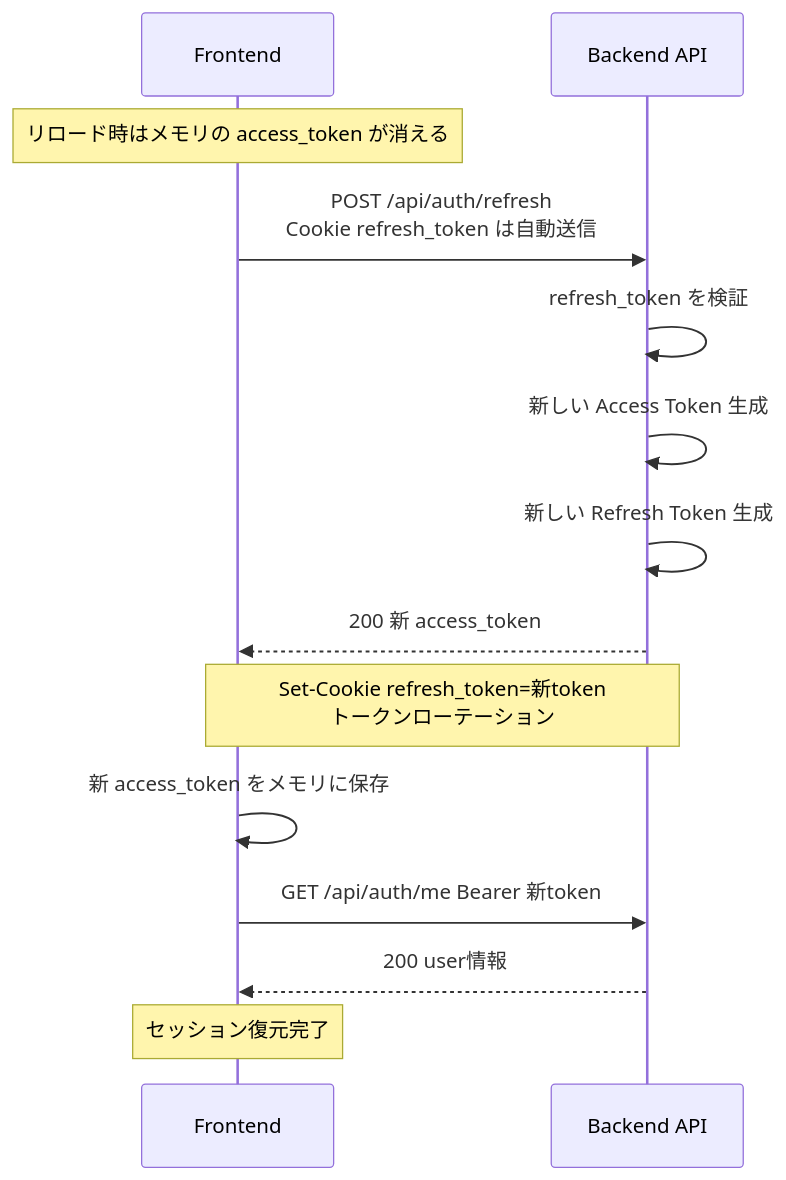
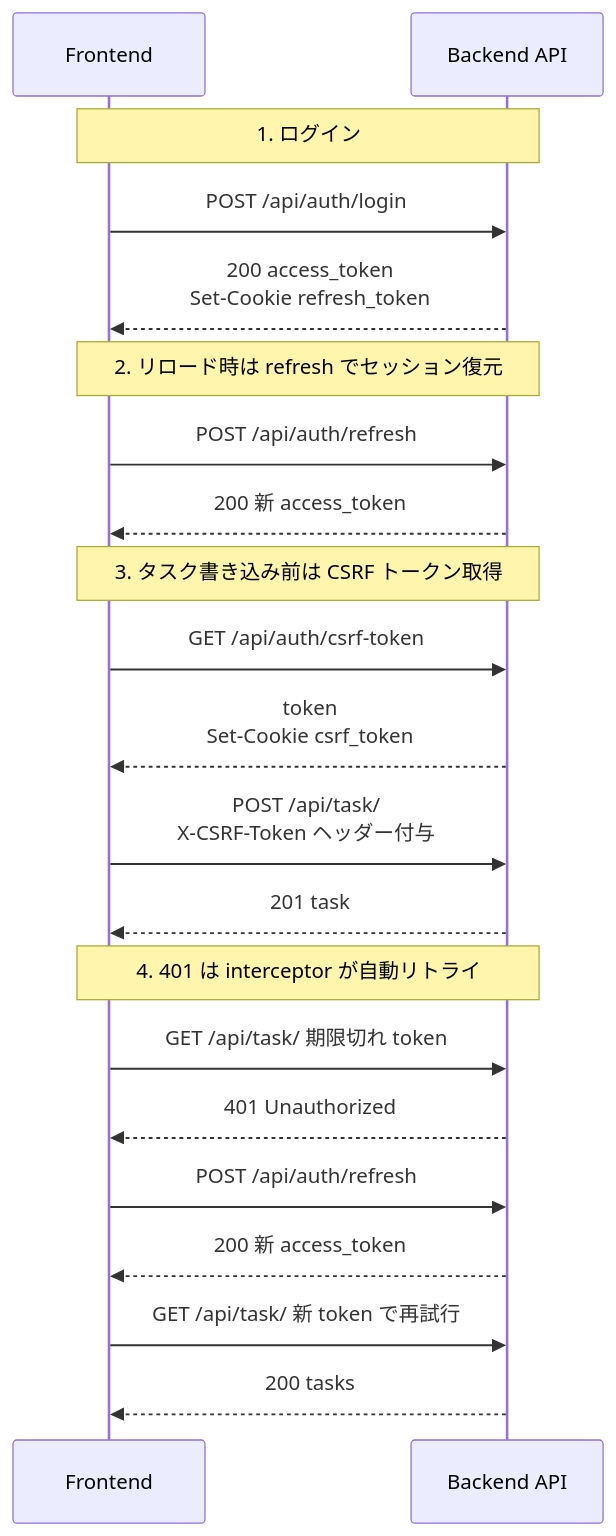
One commit to takehiro1111/gin-todo changed the second of 3 diagrams in README.md. Above: the diagram before and after it, drawn with Mermaid. The commit also changed other lines of this file, not shown here.

Commit message:
図の統合

````diff
--- a/README.md
+++ b/README.md
@@ -117,17 +91,27 @@
 ```mermaid
 sequenceDiagram
     participant F as Frontend
     participant API as Backend API
 
-    Note over F: リロード時はメモリの access_token が消える
-    F->>API: POST /api/auth/refresh<br/>Cookie refresh_token は自動送信
-    API->>API: refresh_token を検証
-    API->>API: 新しい Access Token 生成
-    API->>API: 新しい Refresh Token 生成
+    Note over F,API: 1. ログイン
+    F->>API: POST /api/auth/login
+    API-->>F: 200 access_token<br/>Set-Cookie refresh_token
+
+    Note over F,API: 2. リロード時は refresh でセッション復元
+    F->>API: POST /api/auth/refresh
     API-->>F: 200 新 access_token
-    Note over API,F: Set-Cookie refresh_token=新token<br/>トークンローテーション
-    F->>F: 新 access_token をメモリに保存
-    F->>API: GET /api/auth/me Bearer 新token
-    API-->>F: 200 user情報
-    Note over F: セッション復元完了
+
+    Note over F,API: 3. タスク書き込み前は CSRF トークン取得
+    F->>API: GET /api/auth/csrf-token
+    API-->>F: token<br/>Set-Cookie csrf_token
+    F->>API: POST /api/task/<br/>X-CSRF-Token ヘッダー付与
+    API-->>F: 201 task
+
+    Note over F,API: 4. 401 は interceptor が自動リトライ
+    F->>API: GET /api/task/ 期限切れ token
+    API-->>F: 401 Unauthorized
+    F->>API: POST /api/auth/refresh
+    API-->>F: 200 新 access_token
+    F->>API: GET /api/task/ 新 token で再試行
+    API-->>F: 200 tasks
 ```
````
